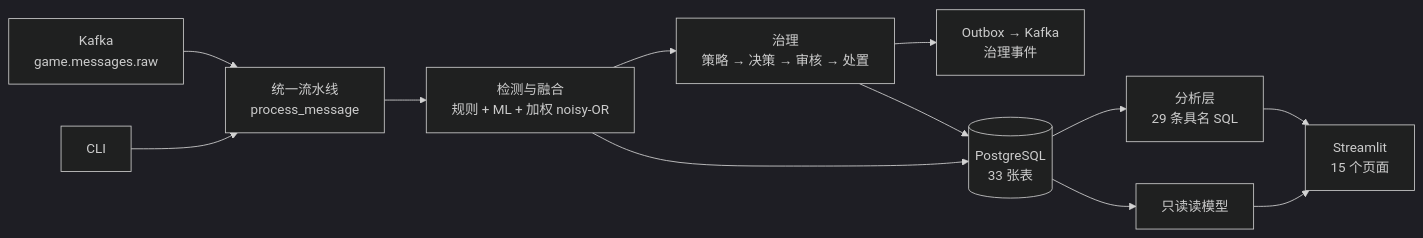
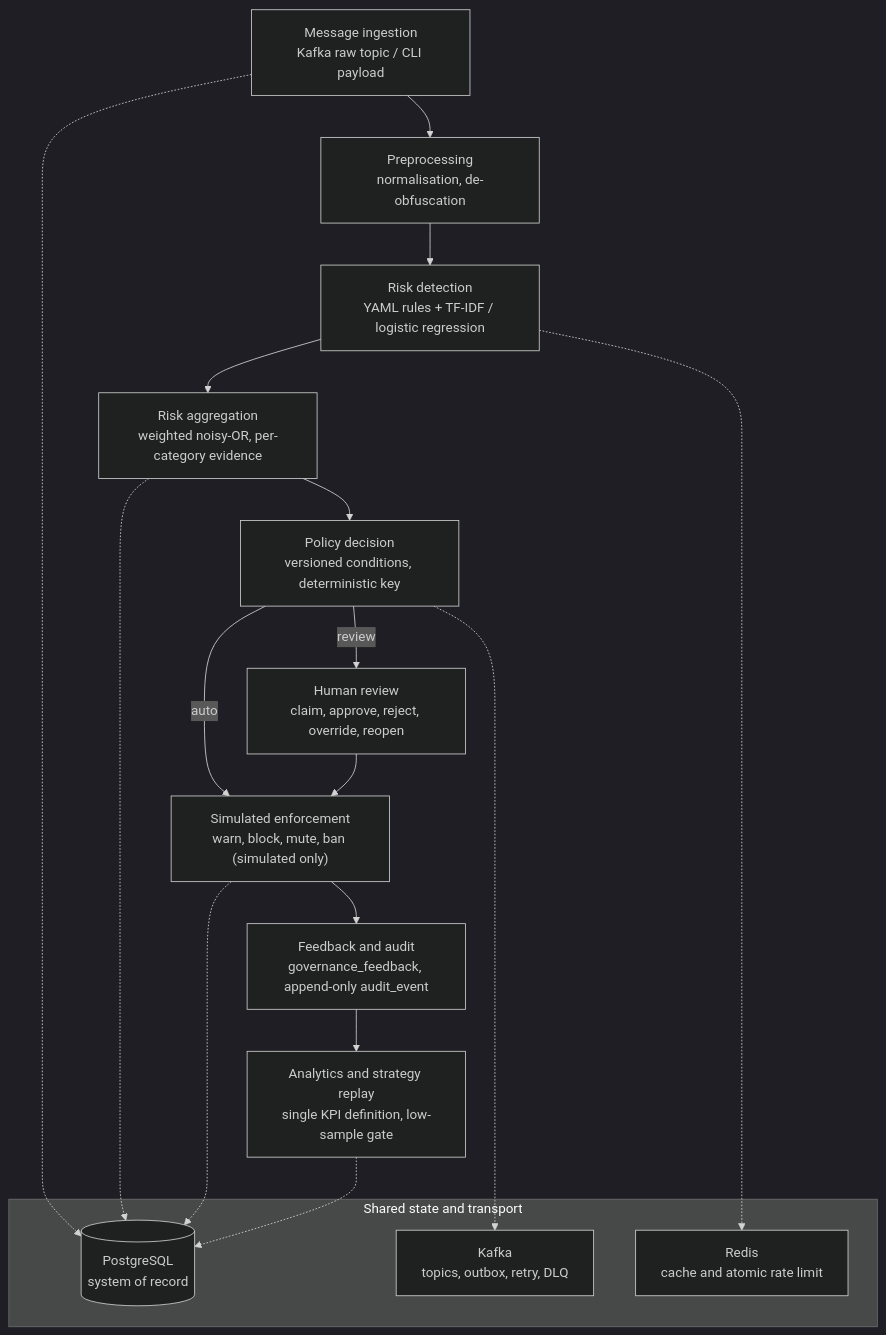
One commit to ipengfei1994/Claro changed the diagram in README.md. Above: the diagram before and after it, drawn with Mermaid (dark theme). The commit also changed other lines of this file, not shown here.

````diff
--- a/README.md
+++ b/README.md
@@ -23,14 +23,25 @@
 ```mermaid
-flowchart LR
-    A["Kafka<br/>game.messages.raw"] --> B["统一流水线<br/>process_message"]
-    C["CLI"] --> B
-    B --> D["检测与融合<br/>规则 + ML + 加权 noisy-OR"]
-    D --> E["治理<br/>策略 → 决策 → 审核 → 处置"]
-    E --> F["Outbox → Kafka<br/>治理事件"]
-    D --> G[("PostgreSQL<br/>33 张表")]
-    E --> G
-    G --> H["分析层<br/>29 条具名 SQL"]
-    G --> I["只读读模型"]
-    H --> J["Streamlit<br/>15 个页面"]
-    I --> J
+flowchart TB
+    A["Message ingestion<br/>Kafka raw topic / CLI payload"] --> B["Preprocessing<br/>normalisation, de-obfuscation"]
+    B --> C["Risk detection<br/>YAML rules + TF-IDF / logistic regression"]
+    C --> D["Risk aggregation<br/>weighted noisy-OR, per-category evidence"]
+    D --> E["Policy decision<br/>versioned conditions, deterministic key"]
+    E -->|auto| G["Simulated enforcement<br/>warn, block, mute, ban (simulated only)"]
+    E -->|review| F["Human review<br/>claim, approve, reject, override, reopen"]
+    F --> G
+    G --> H["Feedback and audit<br/>governance_feedback, append-only audit_event"]
+    H --> I["Analytics and strategy replay<br/>single KPI definition, low-sample gate"]
+
+    subgraph Shared["Shared state and transport"]
+        PG[("PostgreSQL<br/>system of record")]
+        KF["Kafka<br/>topics, outbox, retry, DLQ"]
+        RC["Redis<br/>cache and atomic rate limit"]
+    end
+
+    A -.-> PG
+    C -.-> RC
+    D -.-> PG
+    E -.-> KF
+    G -.-> PG
+    I -.-> PG
 ```
````
